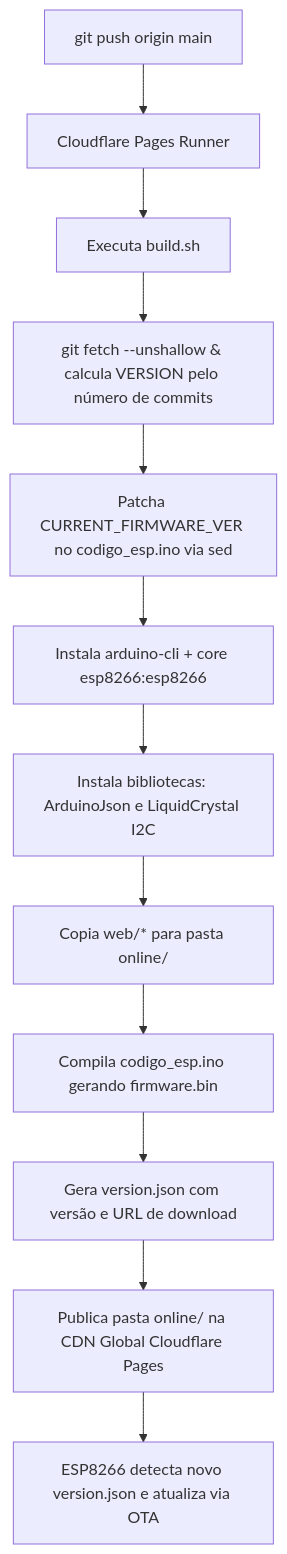
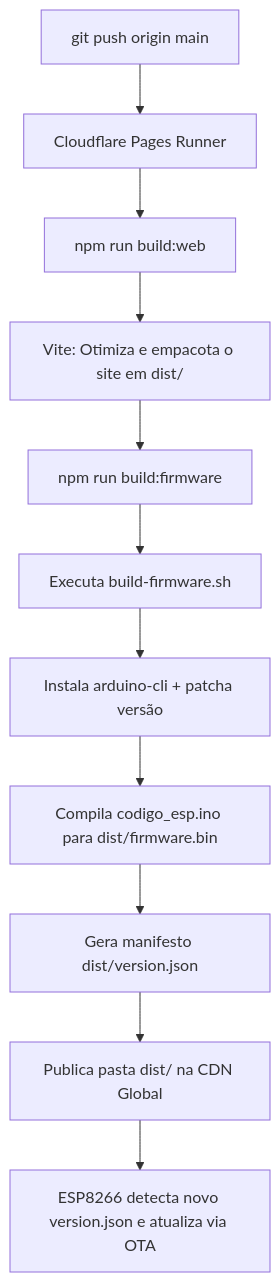
One commit to MakerSpace-UNIFEI/MakitaClicker-Public changed the diagram in README.md. Above: the diagram before and after it, drawn with Mermaid. The commit also changed other lines of this file and 8 other files, not shown here.

Commit message:
chore: migrate build system to NPM and Vite, add AI guide

````diff
--- a/README.md
+++ b/README.md
@@ -144,14 +146,13 @@
 ```mermaid
 flowchart TD
     A[git push origin main] --> B[Cloudflare Pages Runner]
-    B --> C[Executa build.sh]
-    C --> D[git fetch --unshallow & calcula VERSION pelo número de commits]
-    D --> E[Patcha CURRENT_FIRMWARE_VER no codigo_esp.ino via sed]
-    E --> F[Instala arduino-cli + core esp8266:esp8266]
-    F --> G[Instala bibliotecas: ArduinoJson e LiquidCrystal I2C]
-    G --> H[Copia web/* para pasta online/]
-    H --> I[Compila codigo_esp.ino gerando firmware.bin]
-    I --> J[Gera version.json com versão e URL de download]
-    J --> K[Publica pasta online/ na CDN Global Cloudflare Pages]
-    K --> L[ESP8266 detecta novo version.json e atualiza via OTA]
+    B --> C[npm run build:web]
+    C --> D[Vite: Otimiza e empacota o site em dist/]
+    D --> E[npm run build:firmware]
+    E --> F[Executa build-firmware.sh]
+    F --> G[Instala arduino-cli + patcha versão]
+    G --> H[Compila codigo_esp.ino para dist/firmware.bin]
+    H --> I[Gera manifesto dist/version.json]
+    I --> J[Publica pasta dist/ na CDN Global]
+    J --> K[ESP8266 detecta novo version.json e atualiza via OTA]
 ```
````
